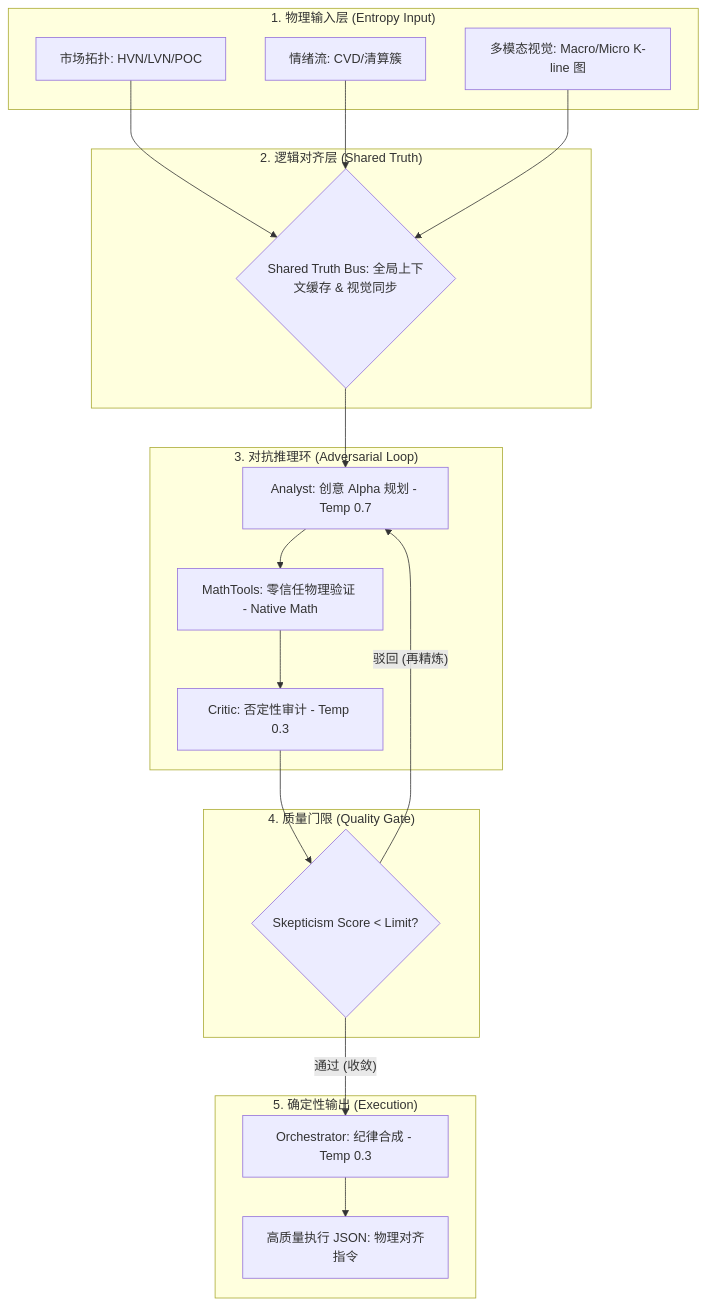
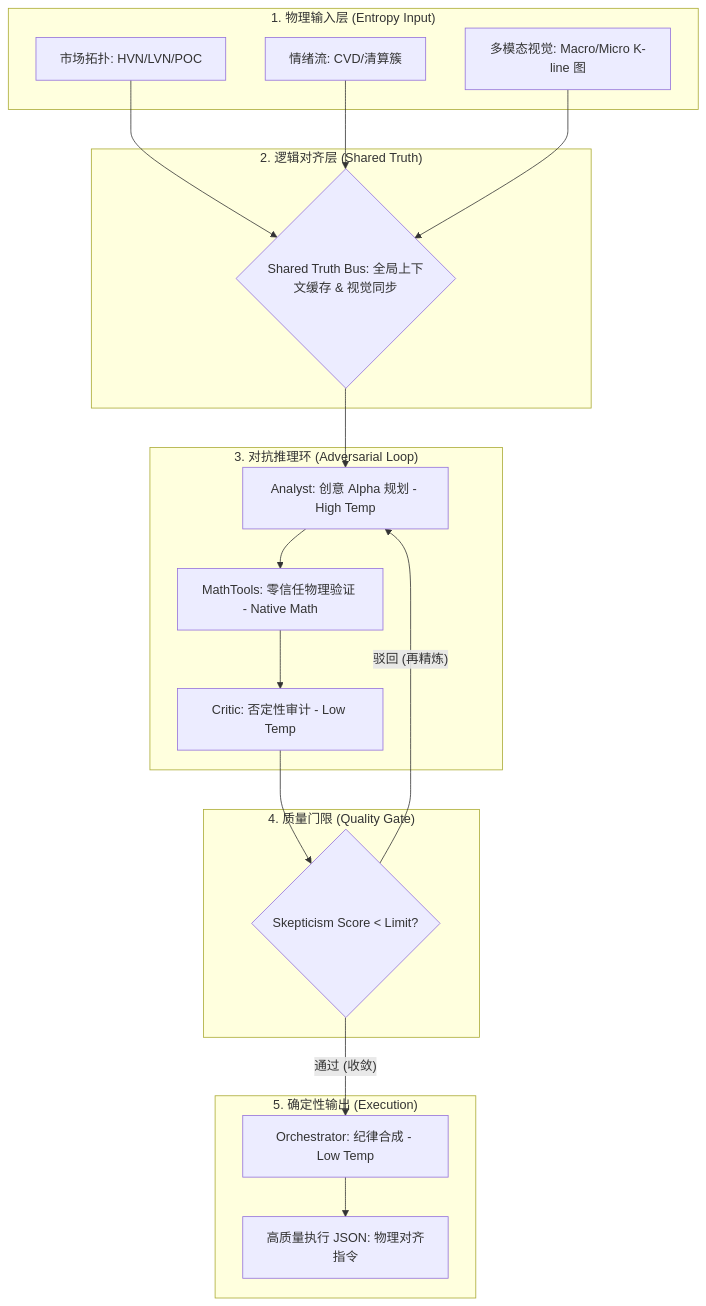
Before and after one commit to jiangyang5157/binary-star: the diagram in README.md, drawn with Mermaid. The commit also changed other lines of this file, not shown here.

````diff
--- a/README.md
+++ b/README.md
@@ -46,36 +48,36 @@
 ```mermaid
 graph TD
     subgraph Input_Layer ["1. 物理输入层 (Entropy Input)"]
         A1[市场拓扑: HVN/LVN/POC]
         A2[情绪流: CVD/清算簇]
         A3[多模态视觉: Macro/Micro K-line 图]
     end
 
     subgraph Alignment_Layer ["2. 逻辑对齐层 (Shared Truth)"]
         B{Shared Truth Bus: 全局上下文缓存 & 视觉同步}
     end
 
     subgraph Reasoning_Triad ["3. 对抗推理环 (Adversarial Loop)"]
-        C[Analyst: 创意 Alpha 规划 - Temp 0.7]
+        C[Analyst: 创意 Alpha 规划 - High Temp]
         D[MathTools: 零信任物理验证 - Native Math]
-        E[Critic: 否定性审计 - Temp 0.3]
+        E[Critic: 否定性审计 - Low Temp]
     end
 
     subgraph Decision_Gate ["4. 质量门限 (Quality Gate)"]
         F{Skepticism Score < Limit?}
     end
 
     subgraph Output_Layer ["5. 确定性输出 (Execution)"]
-        G[Orchestrator: 纪律合成 - Temp 0.3]
+        G[Orchestrator: 纪律合成 - Low Temp]
         H[高质量执行 JSON: 物理对齐指令]
     end
 
     A1 & A2 & A3 --> B
     B --> C
     C --> D
     D --> E
     E --> F
     F -- "驳回 (再精炼)" --> C
     F -- "通过 (收敛)" --> G
     G --> H
 ```
````
